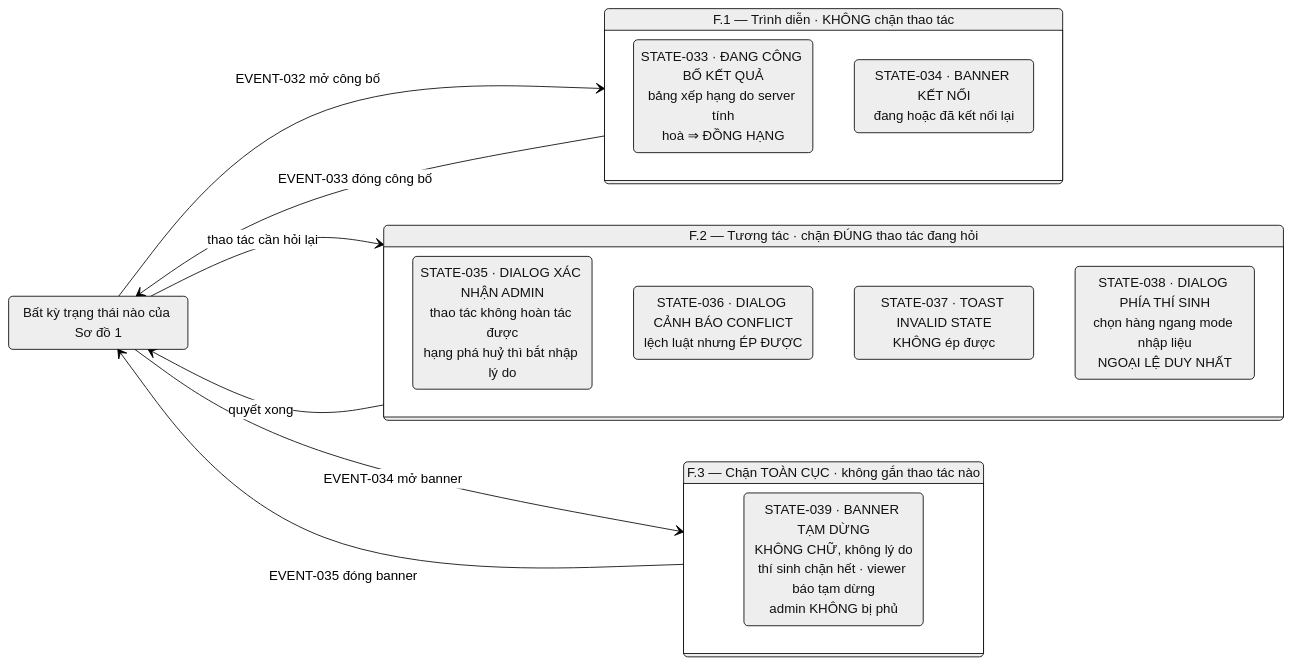
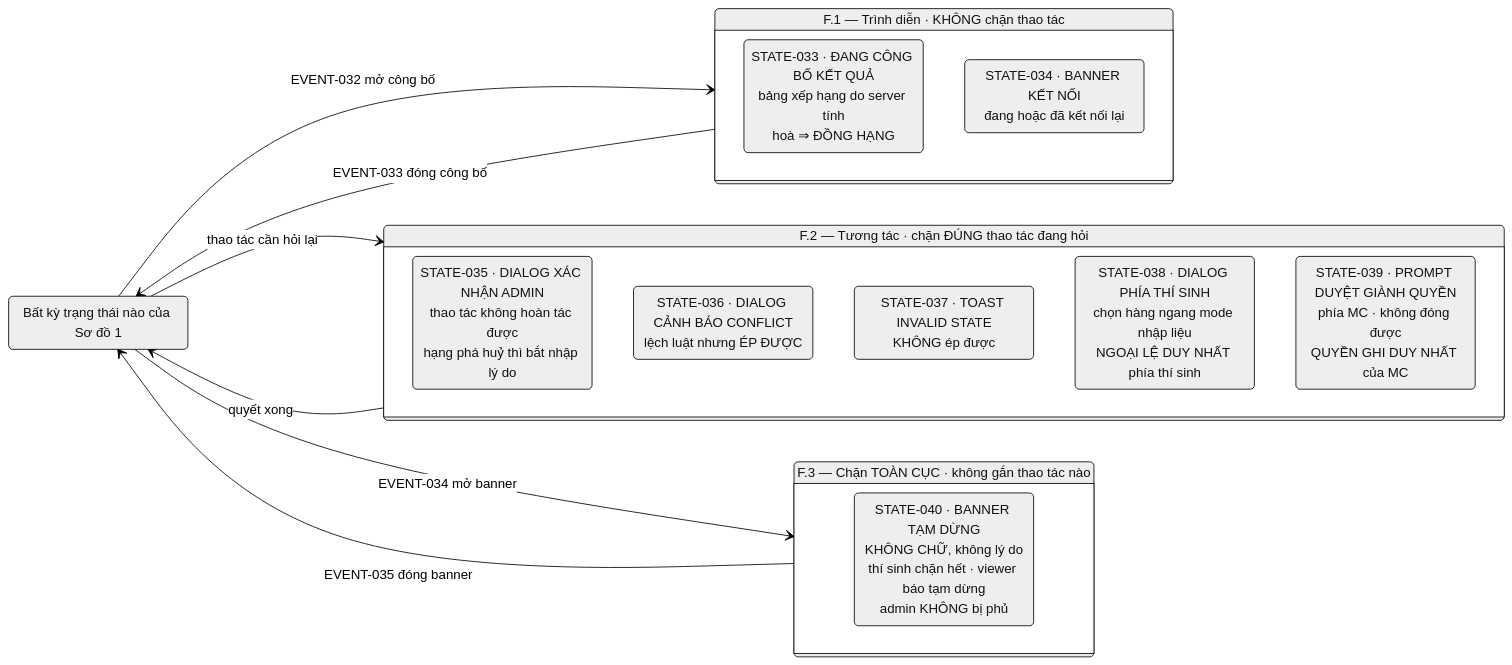
Before and after one commit to Noboroto/KnowledgeDome: the seventh of 8 diagrams in docs/game-state-machine.md, drawn with Mermaid (neutral theme). The commit also changed other lines of this file and 12 other files, not shown here.

````diff
--- a/docs/game-state-machine.md
+++ b/docs/game-state-machine.md
@@ -221,24 +221,25 @@
 ```mermaid
 stateDiagram-v2
   direction LR
   state "Bất kỳ trạng thái nào của Sơ đồ 1" as BASE
   state "F.1 — Trình diễn · KHÔNG chặn thao tác" as F1 {
     S034: STATE-033 · ĐANG CÔNG BỐ KẾT QUẢ<br/>bảng xếp hạng do server tính<br/>hoà ⇒ ĐỒNG HẠNG
     S035: STATE-034 · BANNER KẾT NỐI<br/>đang hoặc đã kết nối lại
   }
   state "F.2 — Tương tác · chặn ĐÚNG thao tác đang hỏi" as F2 {
     S036: STATE-035 · DIALOG XÁC NHẬN ADMIN<br/>thao tác không hoàn tác được<br/>hạng phá huỷ thì bắt nhập lý do
     S037: STATE-036 · DIALOG CẢNH BÁO CONFLICT<br/>lệch luật nhưng ÉP ĐƯỢC
     S038: STATE-037 · TOAST INVALID STATE<br/>KHÔNG ép được
-    S039: STATE-038 · DIALOG PHÍA THÍ SINH<br/>chọn hàng ngang mode nhập liệu<br/>NGOẠI LỆ DUY NHẤT
+    S039: STATE-038 · DIALOG PHÍA THÍ SINH<br/>chọn hàng ngang mode nhập liệu<br/>NGOẠI LỆ DUY NHẤT phía thí sinh
+    S040b: STATE-039 · PROMPT DUYỆT GIÀNH QUYỀN<br/>phía MC · không đóng được<br/>QUYỀN GHI DUY NHẤT của MC
   }
   state "F.3 — Chặn TOÀN CỤC · không gắn thao tác nào" as F3 {
-    S040: STATE-039 · BANNER TẠM DỪNG<br/>KHÔNG CHỮ, không lý do<br/>thí sinh chặn hết · viewer báo tạm dừng<br/>admin KHÔNG bị phủ
+    S041: STATE-040 · BANNER TẠM DỪNG<br/>KHÔNG CHỮ, không lý do<br/>thí sinh chặn hết · viewer báo tạm dừng<br/>admin KHÔNG bị phủ
   }
   BASE --> F1: EVENT-032 mở công bố
   F1 --> BASE: EVENT-033 đóng công bố
   BASE --> F2: thao tác cần hỏi lại
   F2 --> BASE: quyết xong
   BASE --> F3: EVENT-034 mở banner
   F3 --> BASE: EVENT-035 đóng banner
 ```
````
